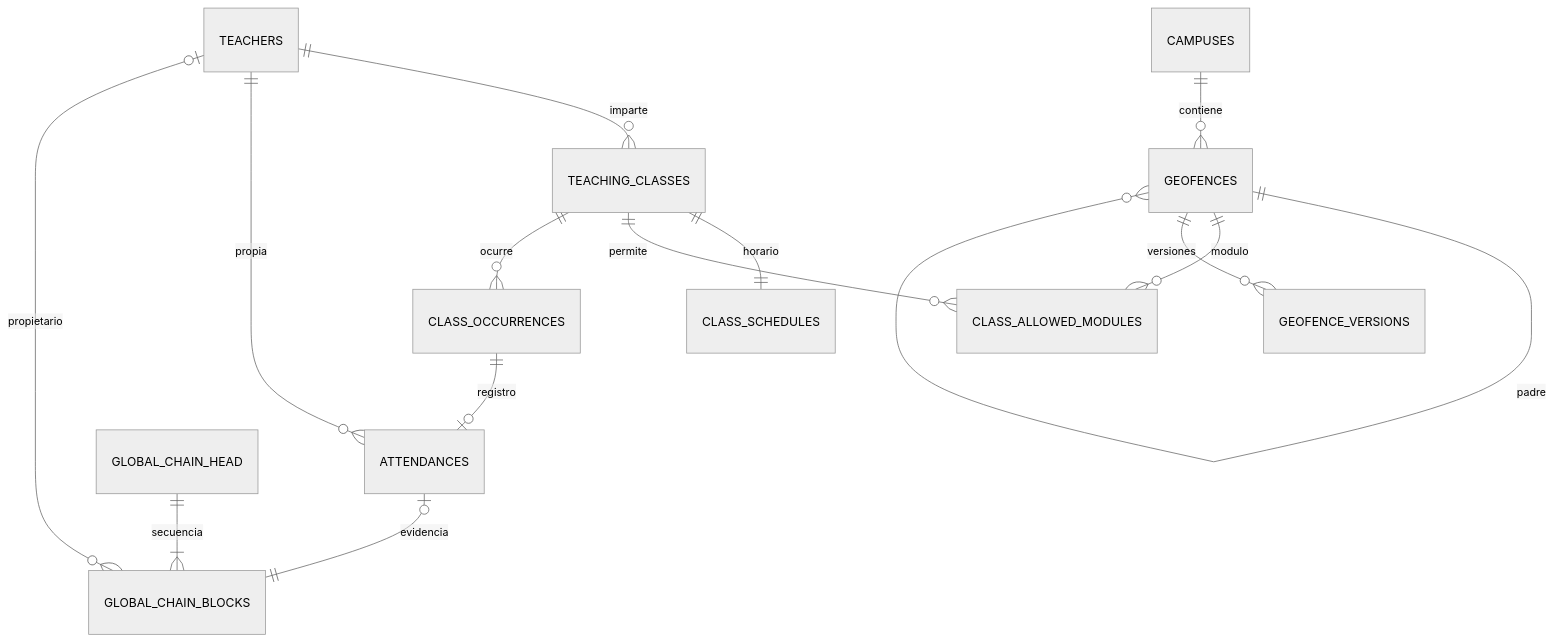
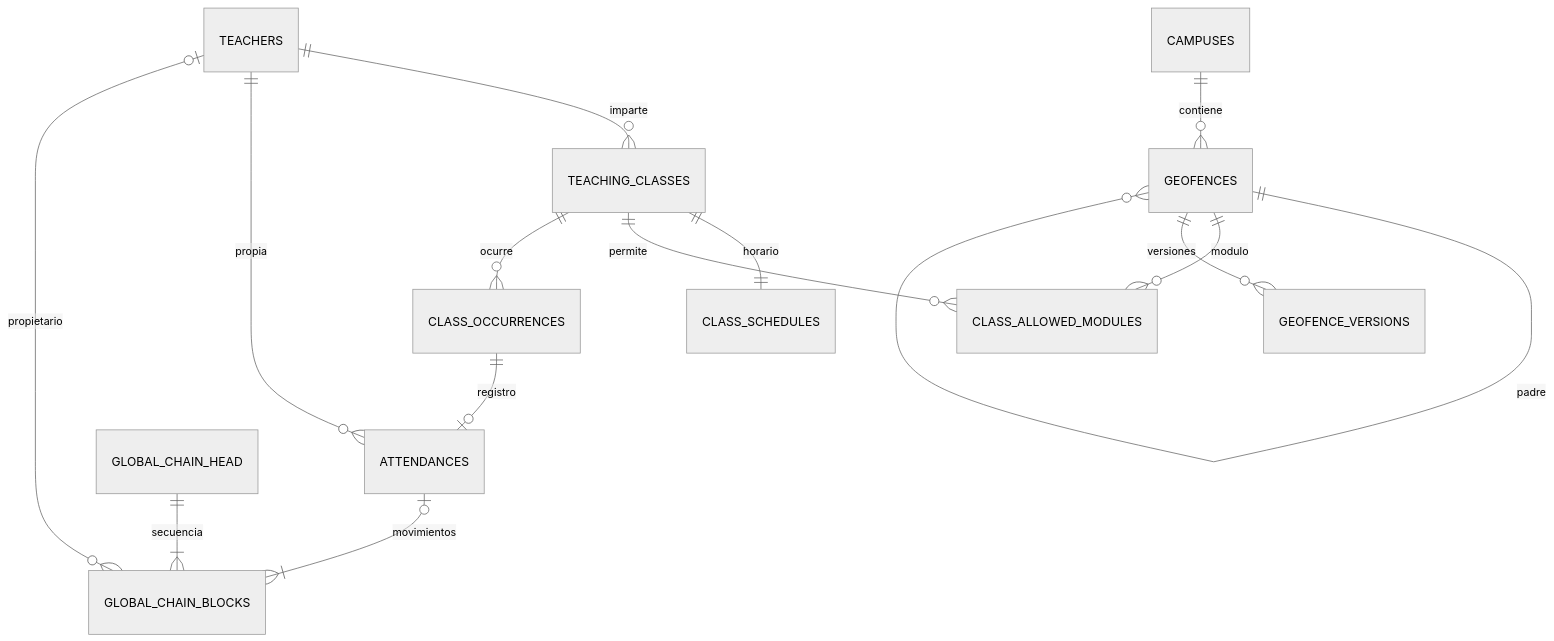
The diagram in docs/base-de-datos.md (SolidW05/asistencia-docente), drawn with Mermaid (neutral theme) before and after one commit. The commit also changed other lines of this file and 58 other files, not shown here.

````diff
--- a/docs/base-de-datos.md
+++ b/docs/base-de-datos.md
@@ -7,16 +7,16 @@
 ```mermaid
 erDiagram
   TEACHERS ||--o{ TEACHING_CLASSES : imparte
   CAMPUSES ||--o{ GEOFENCES : contiene
   GEOFENCES ||--o{ GEOFENCES : padre
   TEACHING_CLASSES ||--|| CLASS_SCHEDULES : horario
   TEACHING_CLASSES ||--o{ CLASS_ALLOWED_MODULES : permite
   GEOFENCES ||--o{ CLASS_ALLOWED_MODULES : modulo
   TEACHING_CLASSES ||--o{ CLASS_OCCURRENCES : ocurre
   CLASS_OCCURRENCES ||--o| ATTENDANCES : registro
   TEACHERS ||--o{ ATTENDANCES : propia
   TEACHERS o|--o{ GLOBAL_CHAIN_BLOCKS : propietario
-  ATTENDANCES o|--|| GLOBAL_CHAIN_BLOCKS : evidencia
+  ATTENDANCES o|--|{ GLOBAL_CHAIN_BLOCKS : movimientos
   GLOBAL_CHAIN_HEAD ||--|{ GLOBAL_CHAIN_BLOCKS : secuencia
   GEOFENCES ||--o{ GEOFENCE_VERSIONS : versiones
 ```
````
